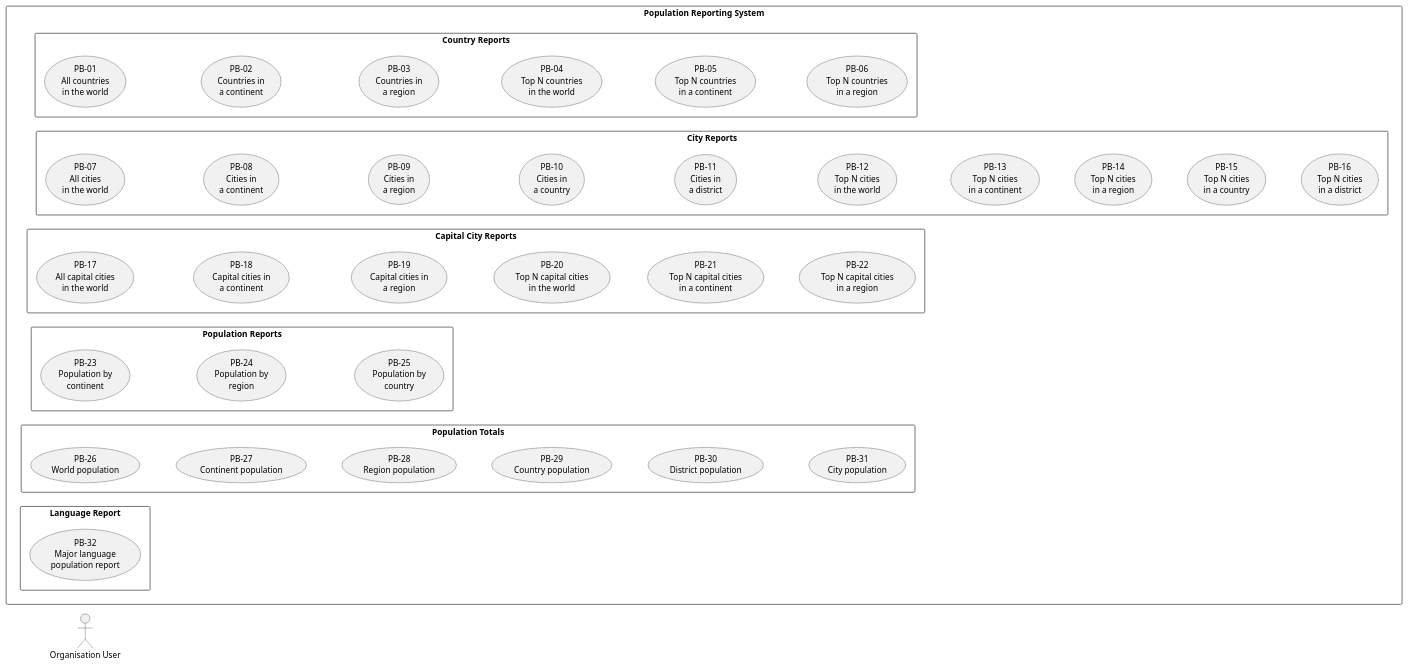
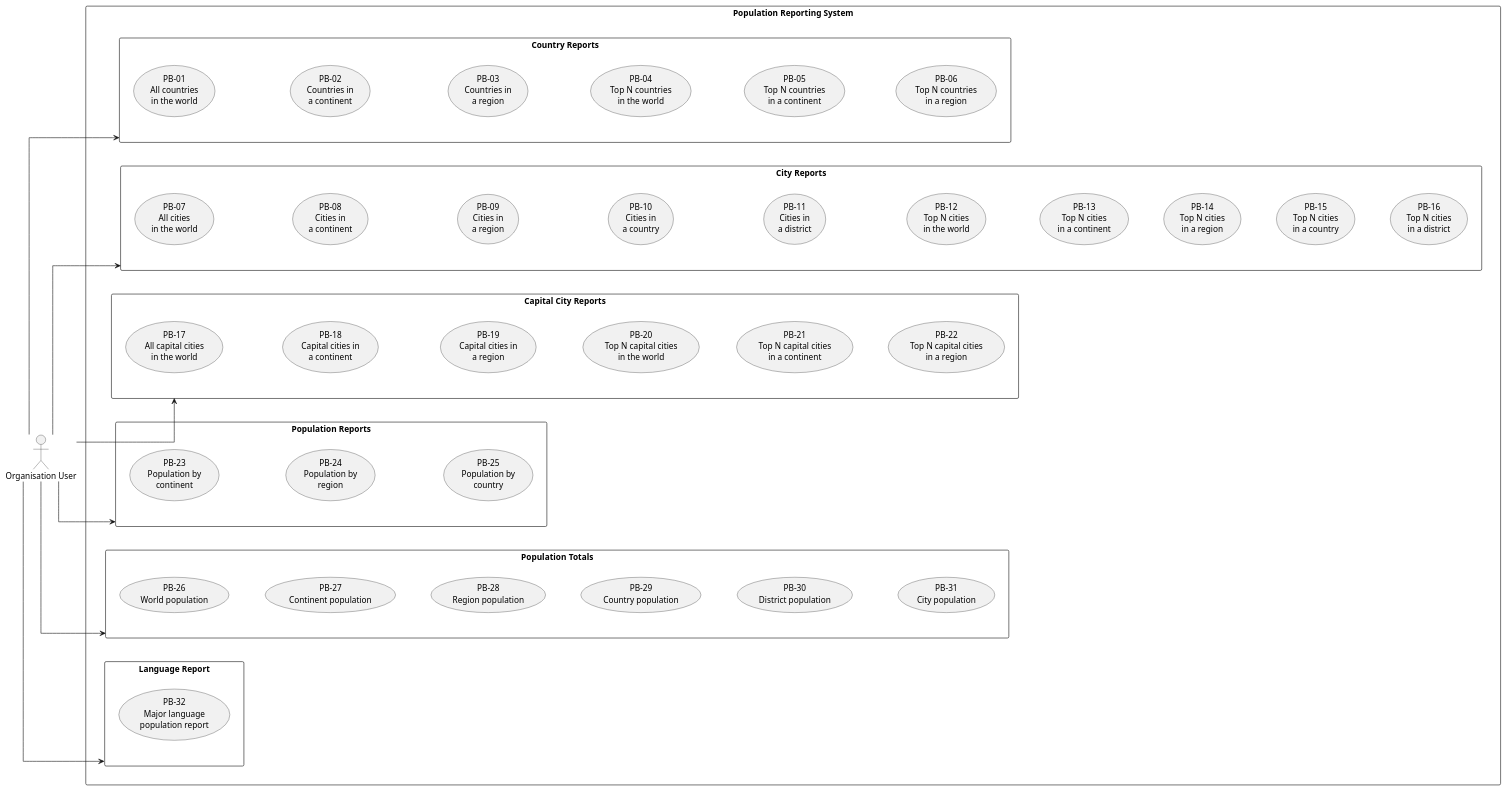
One commit to e-semenyuk/devops-coursework-group-9 changed the diagram in docs/use-case-diagram.puml. Above: the diagram before and after it, drawn with PlantUML.

Commit message:
docs: update use case diagram associations

```diff
--- a/docs/use-case-diagram.puml
+++ b/docs/use-case-diagram.puml
@@ -1,94 +1,102 @@
 @startuml
 
 left to right direction
 
 skinparam packageStyle rectangle
 skinparam shadowing false
+skinparam linetype ortho
 
 actor "Organisation User" as User
 
 rectangle "Population Reporting System" {
 
-    package "Country Reports" {
+    package "Country Reports" as COUNTRY {
         usecase UC01 as "PB-01\nAll countries\nin the world"
         usecase UC02 as "PB-02\nCountries in\na continent"
         usecase UC03 as "PB-03\nCountries in\na region"
         usecase UC04 as "PB-04\nTop N countries\nin the world"
         usecase UC05 as "PB-05\nTop N countries\nin a continent"
         usecase UC06 as "PB-06\nTop N countries\nin a region"
 
         UC01 -[hidden]down- UC02
         UC02 -[hidden]down- UC03
         UC03 -[hidden]down- UC04
         UC04 -[hidden]down- UC05
         UC05 -[hidden]down- UC06
     }
 
-    package "City Reports" {
+    package "City Reports" as CITY {
         usecase UC07 as "PB-07\nAll cities\nin the world"
         usecase UC08 as "PB-08\nCities in\na continent"
         usecase UC09 as "PB-09\nCities in\na region"
         usecase UC10 as "PB-10\nCities in\na country"
         usecase UC11 as "PB-11\nCities in\na district"
         usecase UC12 as "PB-12\nTop N cities\nin the world"
         usecase UC13 as "PB-13\nTop N cities\nin a continent"
         usecase UC14 as "PB-14\nTop N cities\nin a region"
         usecase UC15 as "PB-15\nTop N cities\nin a country"
         usecase UC16 as "PB-16\nTop N cities\nin a district"
 
         UC07 -[hidden]down- UC08
         UC08 -[hidden]down- UC09
         UC09 -[hidden]down- UC10
         UC10 -[hidden]down- UC11
         UC11 -[hidden]down- UC12
         UC12 -[hidden]down- UC13
         UC13 -[hidden]down- UC14
         UC14 -[hidden]down- UC15
         UC15 -[hidden]down- UC16
     }
 
-    package "Capital City Reports" {
+    package "Capital City Reports" as CAPITAL {
         usecase UC17 as "PB-17\nAll capital cities\nin the world"
         usecase UC18 as "PB-18\nCapital cities in\na continent"
         usecase UC19 as "PB-19\nCapital cities in\na region"
         usecase UC20 as "PB-20\nTop N capital cities\nin the world"
         usecase UC21 as "PB-21\nTop N capital cities\nin a continent"
         usecase UC22 as "PB-22\nTop N capital cities\nin a region"
 
         UC17 -[hidden]down- UC18
         UC18 -[hidden]down- UC19
         UC19 -[hidden]down- UC20
         UC20 -[hidden]down- UC21
         UC21 -[hidden]down- UC22
     }
 
-    package "Population Reports" {
+    package "Population Reports" as POPREPORT {
         usecase UC23 as "PB-23\nPopulation by\ncontinent"
         usecase UC24 as "PB-24\nPopulation by\nregion"
         usecase UC25 as "PB-25\nPopulation by\ncountry"
 
         UC23 -[hidden]down- UC24
         UC24 -[hidden]down- UC25
     }
 
-    package "Population Totals" {
+    package "Population Totals" as POPTOTAL {
         usecase UC26 as "PB-26\nWorld population"
         usecase UC27 as "PB-27\nContinent population"
         usecase UC28 as "PB-28\nRegion population"
         usecase UC29 as "PB-29\nCountry population"
         usecase UC30 as "PB-30\nDistrict population"
         usecase UC31 as "PB-31\nCity population"
 
         UC26 -[hidden]down- UC27
         UC27 -[hidden]down- UC28
         UC28 -[hidden]down- UC29
         UC29 -[hidden]down- UC30
         UC30 -[hidden]down- UC31
     }
 
-    package "Language Report" {
+    package "Language Report" as LANGUAGE {
         usecase UC32 as "PB-32\nMajor language\npopulation report"
     }
 }
 
+User --> COUNTRY
+User --> CITY
+User --> CAPITAL
+User --> POPREPORT
+User --> POPTOTAL
+User --> LANGUAGE
+
 @enduml
```
